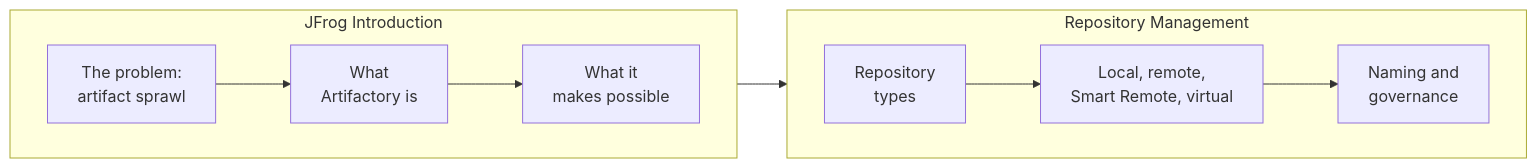
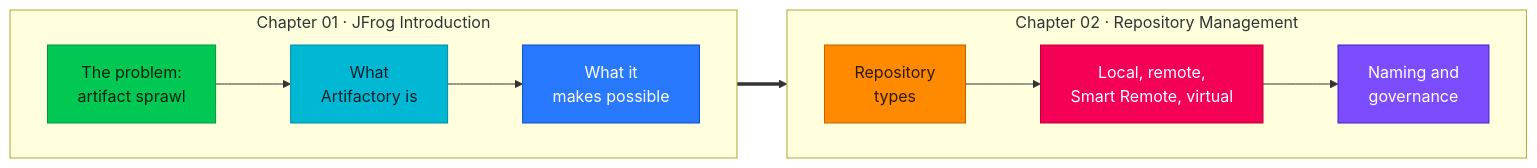
The first of 2 diagrams in README.md (bhagatabhijeet/jfrog-knowledge-bundle), drawn with Mermaid before and after one commit. The commit also changed other lines of this file and 5 other files, not shown here.

````diff
--- a/README.md
+++ b/README.md
@@ -93,12 +127,18 @@
 ```mermaid
 flowchart LR
-    subgraph T1["JFrog Introduction"]
+    subgraph T1["Chapter 01 · JFrog Introduction"]
         direction LR
-        A["The problem:<br/>artifact sprawl"] --> B["What<br/>Artifactory is"] --> C["What it<br/>makes possible"]
+        A["The problem:<br/>artifact sprawl"]:::green --> B["What<br/>Artifactory is"]:::teal --> C["What it<br/>makes possible"]:::blue
     end
-    subgraph T2["Repository Management"]
+    subgraph T2["Chapter 02 · Repository Management"]
         direction LR
-        D["Repository<br/>types"] --> E["Local, remote,<br/>Smart Remote, virtual"] --> F["Naming and<br/>governance"]
+        D["Repository<br/>types"]:::orange --> E["Local, remote,<br/>Smart Remote, virtual"]:::pink --> F["Naming and<br/>governance"]:::purple
     end
-    C --> D
+    C ==> D
+    classDef green fill:#00C853,stroke:#00963F,color:#06210F
+    classDef teal fill:#00B8D4,stroke:#008BA3,color:#00222A
+    classDef blue fill:#2979FF,stroke:#004ECB,color:#FFFFFF
+    classDef orange fill:#FF8A00,stroke:#C25E00,color:#2B1B00
+    classDef pink fill:#F50057,stroke:#BB002F,color:#FFFFFF
+    classDef purple fill:#7C4DFF,stroke:#3F1DCB,color:#FFFFFF
 ```
````
